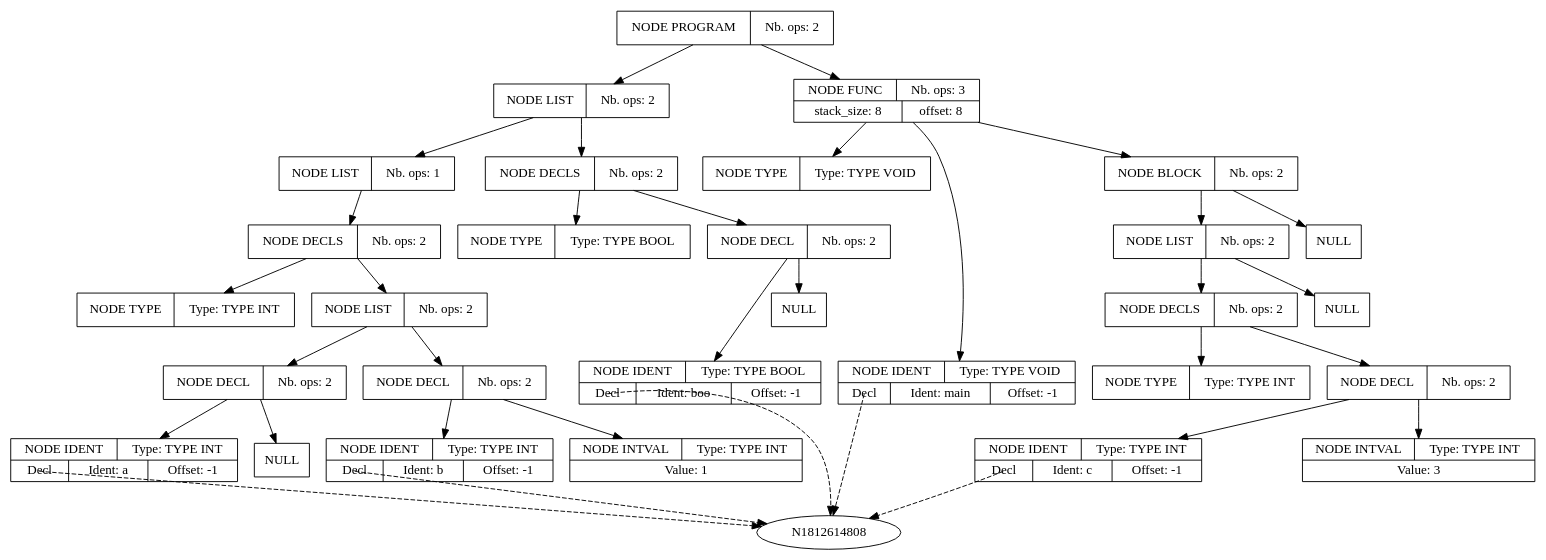
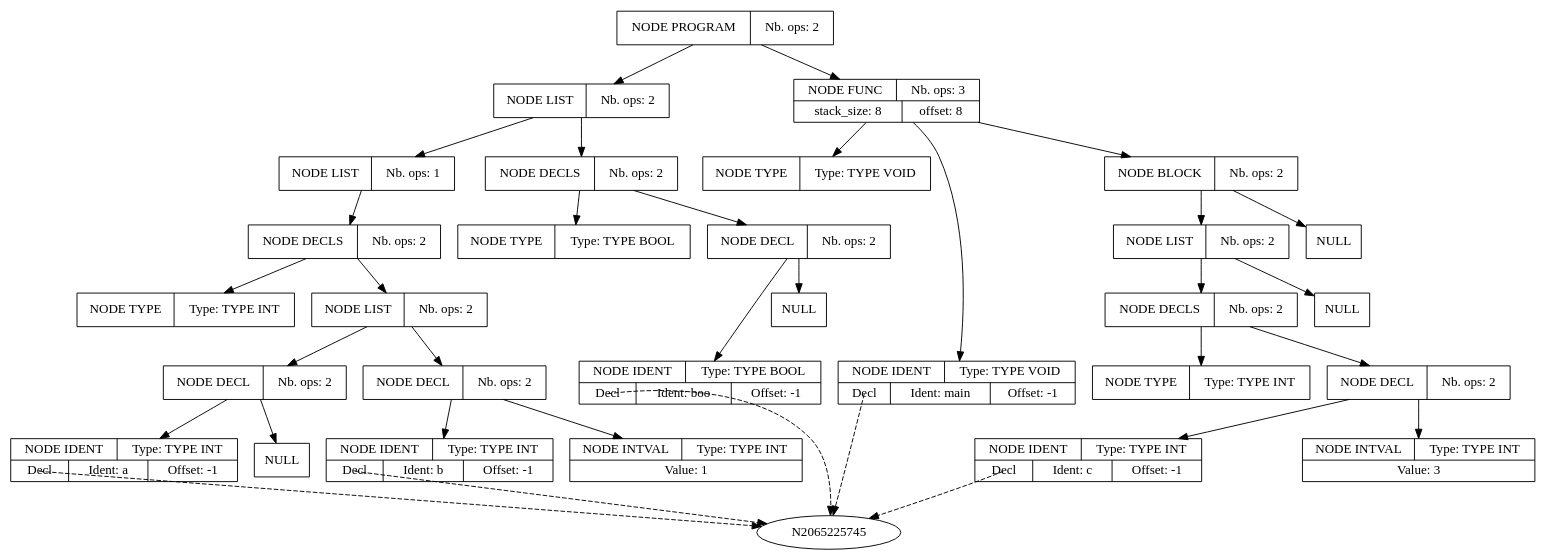
Before and after one commit to LisaHennebelle/Compilation: the diagram in tree.dot, drawn with Graphviz. The commit also changed 16 other files, not shown here.

```diff
--- a/tree.dot
+++ b/tree.dot
@@ -1,97 +1,97 @@
 digraph global_vars {
     N1 [shape=record, label="{{NODE PROGRAM|Nb. ops: 2}}"];
     N2 [shape=record, label="{{NODE LIST|Nb. ops: 2}}"];
     N3 [shape=record, label="{{NODE LIST|Nb. ops: 1}}"];
     N4 [shape=record, label="{{NODE DECLS|Nb. ops: 2}}"];
     N5 [shape=record, label="{{NODE TYPE|Type: TYPE INT}}"];
     edge[tailclip=true];
     N4 -> N5
     N6 [shape=record, label="{{NODE LIST|Nb. ops: 2}}"];
     N7 [shape=record, label="{{NODE DECL|Nb. ops: 2}}"];
     N8 [shape=record, label="{{NODE IDENT|Type: TYPE INT}|{<decl>Decl      |Ident: a|Offset: -1}}"];
     edge[tailclip=false];
-    "N8":decl:c -> "N1812614808" [style=dashed]
+    "N8":decl:c -> "N2065225745" [style=dashed]
     edge[tailclip=true];
     N7 -> N8
     N9 [shape=record, label="{{NULL}}"];
     edge[tailclip=true];
     N7 -> N9
     edge[tailclip=true];
     N6 -> N7
     N10 [shape=record, label="{{NODE DECL|Nb. ops: 2}}"];
     N11 [shape=record, label="{{NODE IDENT|Type: TYPE INT}|{<decl>Decl      |Ident: b|Offset: -1}}"];
     edge[tailclip=false];
-    "N11":decl:c -> "N1812614808" [style=dashed]
+    "N11":decl:c -> "N2065225745" [style=dashed]
     edge[tailclip=true];
     N10 -> N11
     N12 [shape=record, label="{{NODE INTVAL|Type: TYPE INT}|{Value: 1}}"];
     edge[tailclip=true];
     N10 -> N12
     edge[tailclip=true];
     N6 -> N10
     edge[tailclip=true];
     N4 -> N6
     edge[tailclip=true];
     N3 -> N4
     edge[tailclip=true];
     N2 -> N3
     N13 [shape=record, label="{{NODE DECLS|Nb. ops: 2}}"];
     N14 [shape=record, label="{{NODE TYPE|Type: TYPE BOOL}}"];
     edge[tailclip=true];
     N13 -> N14
     N15 [shape=record, label="{{NODE DECL|Nb. ops: 2}}"];
     N16 [shape=record, label="{{NODE IDENT|Type: TYPE BOOL}|{<decl>Decl      |Ident: boo|Offset: -1}}"];
     edge[tailclip=false];
-    "N16":decl:c -> "N1812614808" [style=dashed]
+    "N16":decl:c -> "N2065225745" [style=dashed]
     edge[tailclip=true];
     N15 -> N16
     N17 [shape=record, label="{{NULL}}"];
     edge[tailclip=true];
     N15 -> N17
     edge[tailclip=true];
     N13 -> N15
     edge[tailclip=true];
     N2 -> N13
     edge[tailclip=true];
     N1 -> N2
     N18 [shape=record, label="{{NODE FUNC|Nb. ops: 3}|{stack_size: 8|offset: 8}}"];
     N19 [shape=record, label="{{NODE TYPE|Type: TYPE VOID}}"];
     edge[tailclip=true];
     N18 -> N19
     N20 [shape=record, label="{{NODE IDENT|Type: TYPE VOID}|{<decl>Decl      |Ident: main|Offset: -1}}"];
     edge[tailclip=false];
-    "N20":decl:c -> "N1812614808" [style=dashed]
+    "N20":decl:c -> "N2065225745" [style=dashed]
     edge[tailclip=true];
     N18 -> N20
     N21 [shape=record, label="{{NODE BLOCK|Nb. ops: 2}}"];
     N22 [shape=record, label="{{NODE LIST|Nb. ops: 2}}"];
     N23 [shape=record, label="{{NODE DECLS|Nb. ops: 2}}"];
     N24 [shape=record, label="{{NODE TYPE|Type: TYPE INT}}"];
     edge[tailclip=true];
     N23 -> N24
     N25 [shape=record, label="{{NODE DECL|Nb. ops: 2}}"];
     N26 [shape=record, label="{{NODE IDENT|Type: TYPE INT}|{<decl>Decl      |Ident: c|Offset: -1}}"];
     edge[tailclip=false];
-    "N26":decl:c -> "N1812614808" [style=dashed]
+    "N26":decl:c -> "N2065225745" [style=dashed]
     edge[tailclip=true];
     N25 -> N26
     N27 [shape=record, label="{{NODE INTVAL|Type: TYPE INT}|{Value: 3}}"];
     edge[tailclip=true];
     N25 -> N27
     edge[tailclip=true];
     N23 -> N25
     edge[tailclip=true];
     N22 -> N23
     N28 [shape=record, label="{{NULL}}"];
     edge[tailclip=true];
     N22 -> N28
     edge[tailclip=true];
     N21 -> N22
     N29 [shape=record, label="{{NULL}}"];
     edge[tailclip=true];
     N21 -> N29
     edge[tailclip=true];
     N18 -> N21
     edge[tailclip=true];
     N1 -> N18
 }
```
